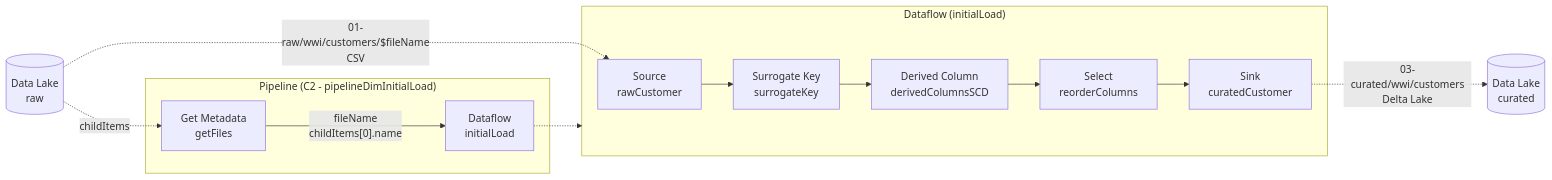
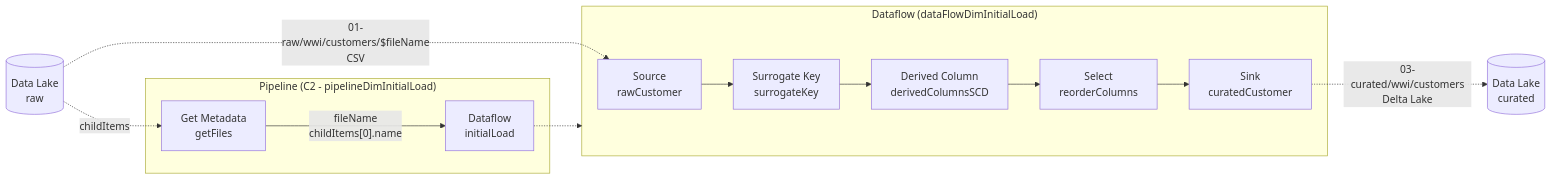
One commit to tayganr/lakehouse changed the diagram in modules/module01b.md. Above: the diagram before and after it, drawn with Mermaid. The commit also changed 1 other file, not shown here.

````diff
--- a/modules/module01b.md
+++ b/modules/module01b.md
@@ -14,31 +14,31 @@
 ```mermaid
 flowchart LR
     a1[Get Metadata\ngetFiles]
     a2[Dataflow\ninitialLoad]
     df1[Source\nrawCustomer]
     df2[Surrogate Key\nsurrogateKey]
     df3[Derived Column\nderivedColumnsSCD]
     df4[Select\nreorderColumns]
     df5[Sink\ncuratedCustomer]
     ds1[(Data Lake\nraw)]
     ds2[(Data Lake\ncurated)]
     ds1-."01-raw/wwi/customers/$fileName\nCSV".->df1
     ds1-.childItems.->a1
     df5-."03-curated/wwi/customers\nDelta Lake".->ds2
     a2-.->df
 
     subgraph p["Pipeline (C2 - pipelineDimInitialLoad)"]
     a1--"fileName\nchildItems[0].name"-->a2
     end
 
-    subgraph df["Dataflow (initialLoad)"]
+    subgraph df["Dataflow (dataFlowDimInitialLoad)"]
     df1-->df2
     df2-->df3
     df3-->df4
     df4-->df5
     end
 
 
     click GetMetadata "https://github.com/tayganr/lakehouse/blob/main/modules/module01b.md#1-Pipeline-initialLoad"
     click Source "https://github.com/tayganr/lakehouse/blob/main/modules/module01b.md#2-Data-flow-Source---rawCustomer"
 ```
````
